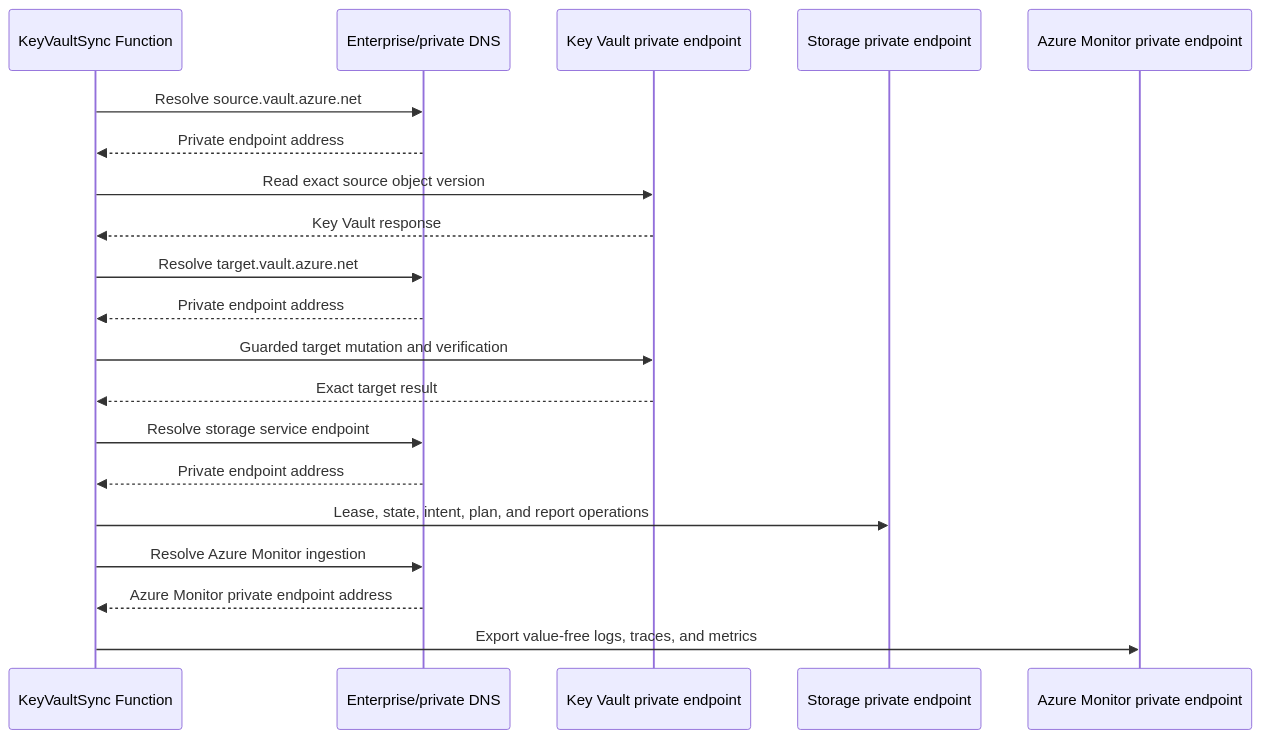
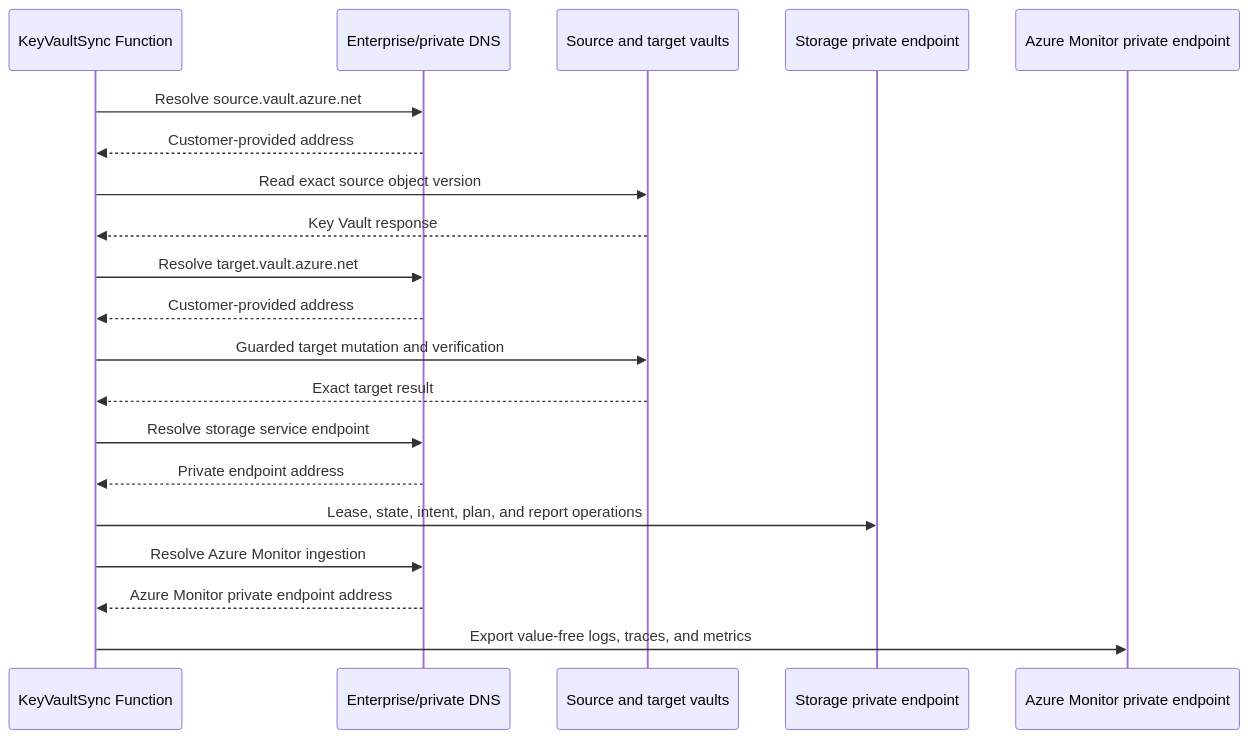
Before and after one commit to amgdy/keyvault-sync: the third of 4 diagrams in doc/networking.md, drawn with Mermaid. The commit also changed other lines of this file and 11 other files, not shown here.

````diff
--- a/doc/networking.md
+++ b/doc/networking.md
@@ -129,26 +127,26 @@
 ```mermaid
 sequenceDiagram
     participant Function as KeyVaultSync Function
     participant DNS as Enterprise/private DNS
-    participant VaultPE as Key Vault private endpoint
+    participant Vaults as Source and target vaults
     participant StoragePE as Storage private endpoint
     participant MonitorPE as Azure Monitor private endpoint
 
     Function->>DNS: Resolve source.vault.azure.net
-    DNS-->>Function: Private endpoint address
-    Function->>VaultPE: Read exact source object version
-    VaultPE-->>Function: Key Vault response
+    DNS-->>Function: Customer-provided address
+    Function->>Vaults: Read exact source object version
+    Vaults-->>Function: Key Vault response
 
     Function->>DNS: Resolve target.vault.azure.net
-    DNS-->>Function: Private endpoint address
-    Function->>VaultPE: Guarded target mutation and verification
-    VaultPE-->>Function: Exact target result
+    DNS-->>Function: Customer-provided address
+    Function->>Vaults: Guarded target mutation and verification
+    Vaults-->>Function: Exact target result
 
     Function->>DNS: Resolve storage service endpoint
     DNS-->>Function: Private endpoint address
     Function->>StoragePE: Lease, state, intent, plan, and report operations
 
     Function->>DNS: Resolve Azure Monitor ingestion
     DNS-->>Function: Azure Monitor private endpoint address
     Function->>MonitorPE: Export value-free logs, traces, and metrics
 ```
````
